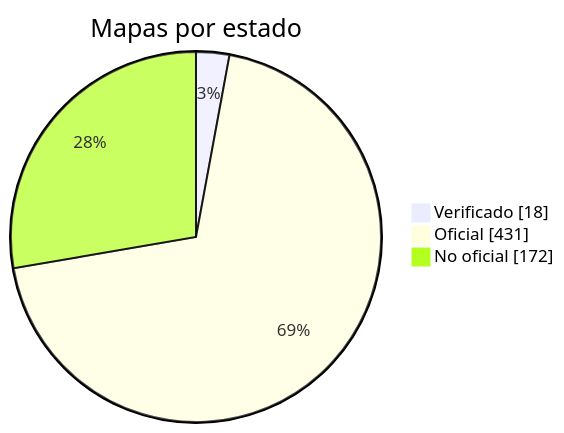
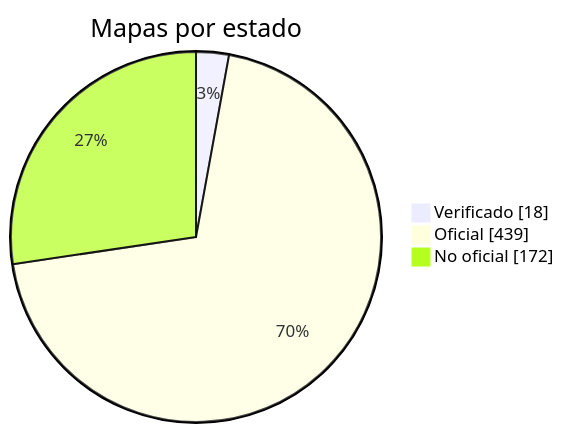
One commit to nobrega8/mbmap-library changed the diagram in docs/readme/README_ES.md. Above: the diagram before and after it, drawn with Mermaid. The commit also changed 13 other files, not shown here.

````diff
--- a/docs/readme/README_ES.md
+++ b/docs/readme/README_ES.md
@@ -54,7 +54,7 @@
 ```mermaid
 pie showData
     title Mapas por estado
     "Verificado" : 18
-    "Oficial" : 431
+    "Oficial" : 439
     "No oficial" : 172
 ```
````
